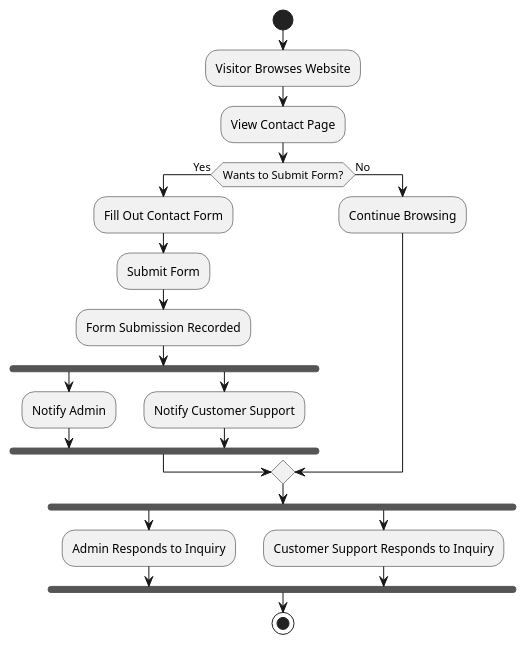
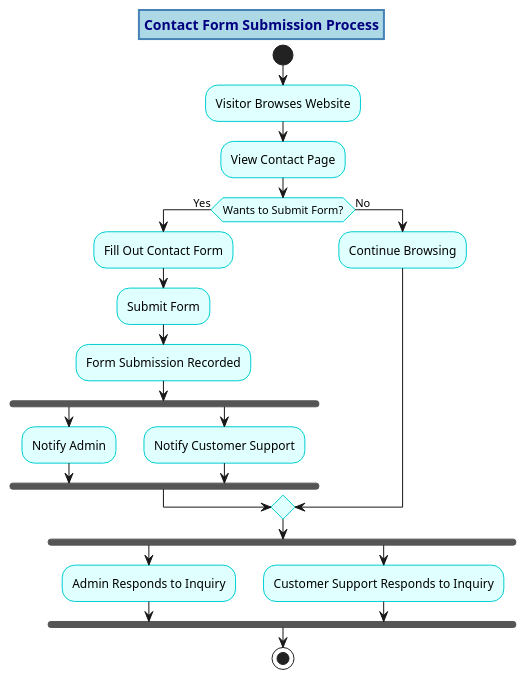
Before and after one commit to k4ilham/Unified-Modeling-Language-plantuml: the diagram in company_profile/activity_diagram.md, drawn with PlantUML. The commit also changed 19 other files, not shown here.

```diff
--- a/company_profile/activity_diagram.md
+++ b/company_profile/activity_diagram.md
@@ -1,27 +1,57 @@
 @startuml
+title Contact Form Submission Process
+
+' Customize colors for swimlanes
+skinparam swimlane {
+  BackgroundColor #F5F5F5
+  BorderColor #B0B0B0
+  BorderThickness 2
+}
+
+' Customize colors for activity boxes
+skinparam activity {
+  BackgroundColor #E0FFFF
+  BorderColor #00CED1
+  BorderThickness 1
+}
+
+' Customize colors for title
+skinparam title {
+  BackgroundColor #ADD8E6
+  BorderColor #4682B4
+  BorderThickness 2
+  FontColor #000080
+}
+
+' Customize colors for note boxes
+skinparam note {
+  BackgroundColor #FFFFE0
+  BorderColor #FFD700
+}
+
 start
 
 :Visitor Browses Website;
 :View Contact Page;
 
 if (Wants to Submit Form?) then (Yes)
     :Fill Out Contact Form;
     :Submit Form;
     :Form Submission Recorded;
     fork
         :Notify Admin;
     fork again
         :Notify Customer Support;
     end fork
 else (No)
     :Continue Browsing;
 endif
 
 fork
     :Admin Responds to Inquiry;
 fork again
     :Customer Support Responds to Inquiry;
 end fork
 
 stop
 @enduml
```
